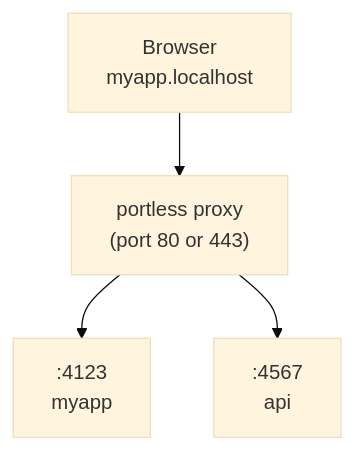
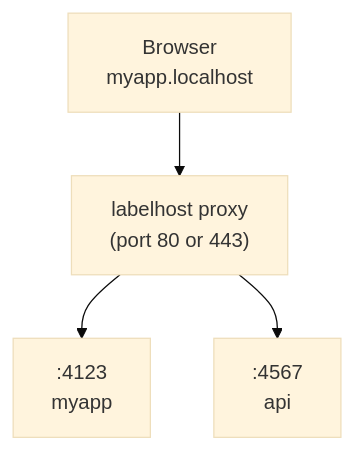
One commit to WataruNishimura/labelhost changed the diagram in README.md. Above: the diagram before and after it, drawn with Mermaid (base theme). The commit also changed other lines of this file and 123 other files, not shown here.

````diff
--- a/README.md
+++ b/README.md
@@ -252,11 +252,11 @@
 ```mermaid
 flowchart TD
     Browser["Browser<br>myapp.localhost"]
-    Proxy["portless proxy<br>(port 80 or 443)"]
+    Proxy["labelhost proxy<br>(port 80 or 443)"]
     App1[":4123<br>myapp"]
     App2[":4567<br>api"]
 
     Browser --> Proxy
     Proxy --> App1
     Proxy --> App2
 ```
````
